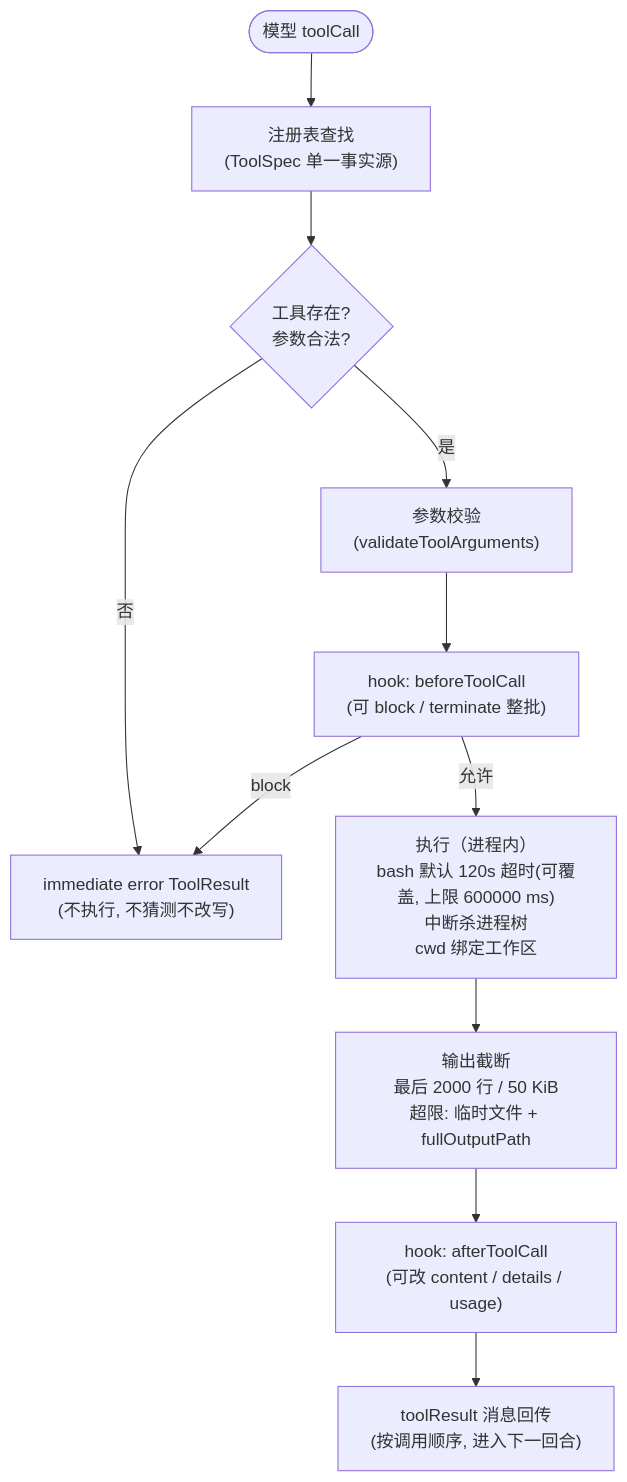
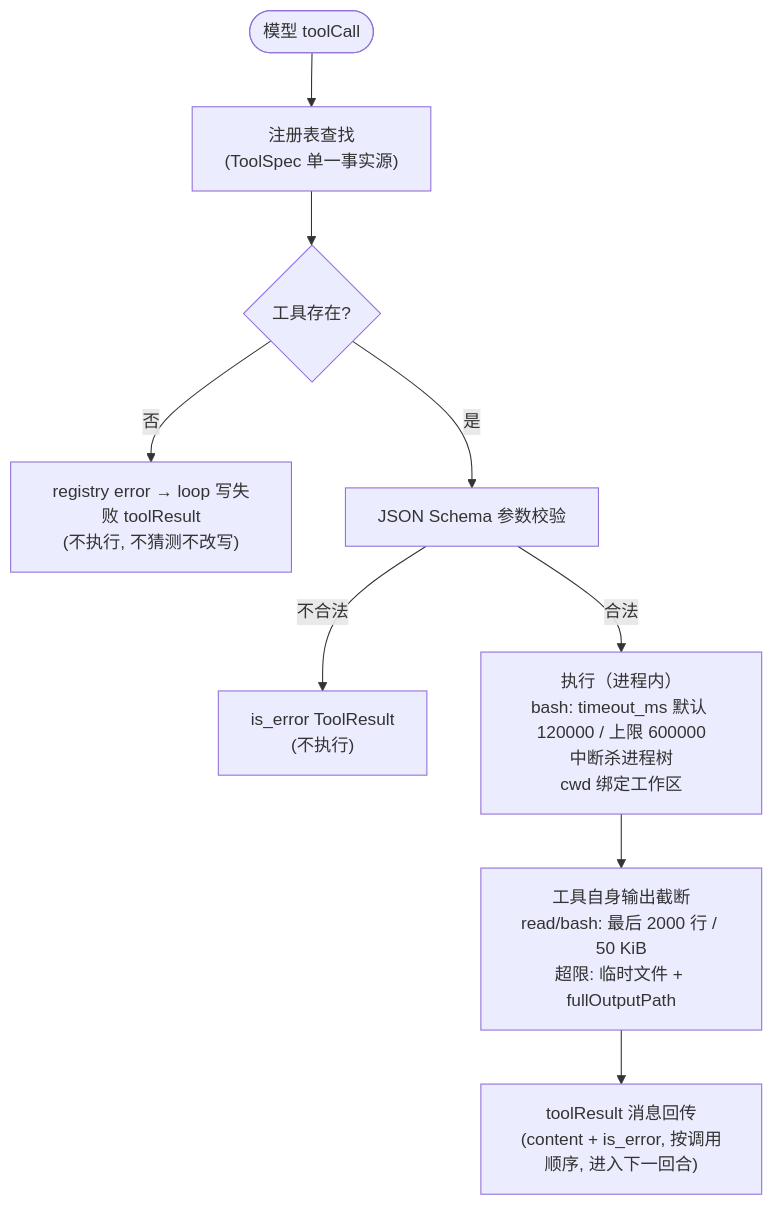
Before and after one commit to qjcnmd/singularity-agent: the fourth of 8 diagrams in docs/singularity.md, drawn with Mermaid. The commit also changed other lines of this file and 5 other files, not shown here.

````diff
--- a/docs/singularity.md
+++ b/docs/singularity.md
@@ -129,13 +132,11 @@
 ```mermaid
 flowchart TD
     A(["模型 toolCall"]) --> B["注册表查找<br/>(ToolSpec 单一事实源)"]
-    B --> C{"工具存在?<br/>参数合法?"}
-    C -- 否 --> R1["immediate error ToolResult<br/>(不执行, 不猜测不改写)"]
-    C -- 是 --> D["参数校验<br/>(validateToolArguments)"]
-    D --> E["hook: beforeToolCall<br/>(可 block / terminate 整批)"]
-    E -- "block" --> R1
-    E -- 允许 --> F["执行（进程内）<br/>bash 默认 120s 超时(可覆盖, 上限 600000 ms)<br/>中断杀进程树<br/>cwd 绑定工作区"]
-    F --> G["输出截断<br/>最后 2000 行 / 50 KiB<br/>超限: 临时文件 + fullOutputPath"]
-    G --> H["hook: afterToolCall<br/>(可改 content / details / usage)"]
-    H --> I["toolResult 消息回传<br/>(按调用顺序, 进入下一回合)"]
+    B --> C{"工具存在?"}
+    C -- 否 --> R1["registry error → loop 写失败 toolResult<br/>(不执行, 不猜测不改写)"]
+    C -- 是 --> D["JSON Schema 参数校验"]
+    D -- "不合法" --> R2["is_error ToolResult<br/>(不执行)"]
+    D -- "合法" --> F["执行（进程内）<br/>bash: timeout_ms 默认 120000 / 上限 600000<br/>中断杀进程树<br/>cwd 绑定工作区"]
+    F --> G["工具自身输出截断<br/>read/bash: 最后 2000 行 / 50 KiB<br/>超限: 临时文件 + fullOutputPath"]
+    G --> I["toolResult 消息回传<br/>(content + is_error, 按调用顺序, 进入下一回合)"]
 ```
````
